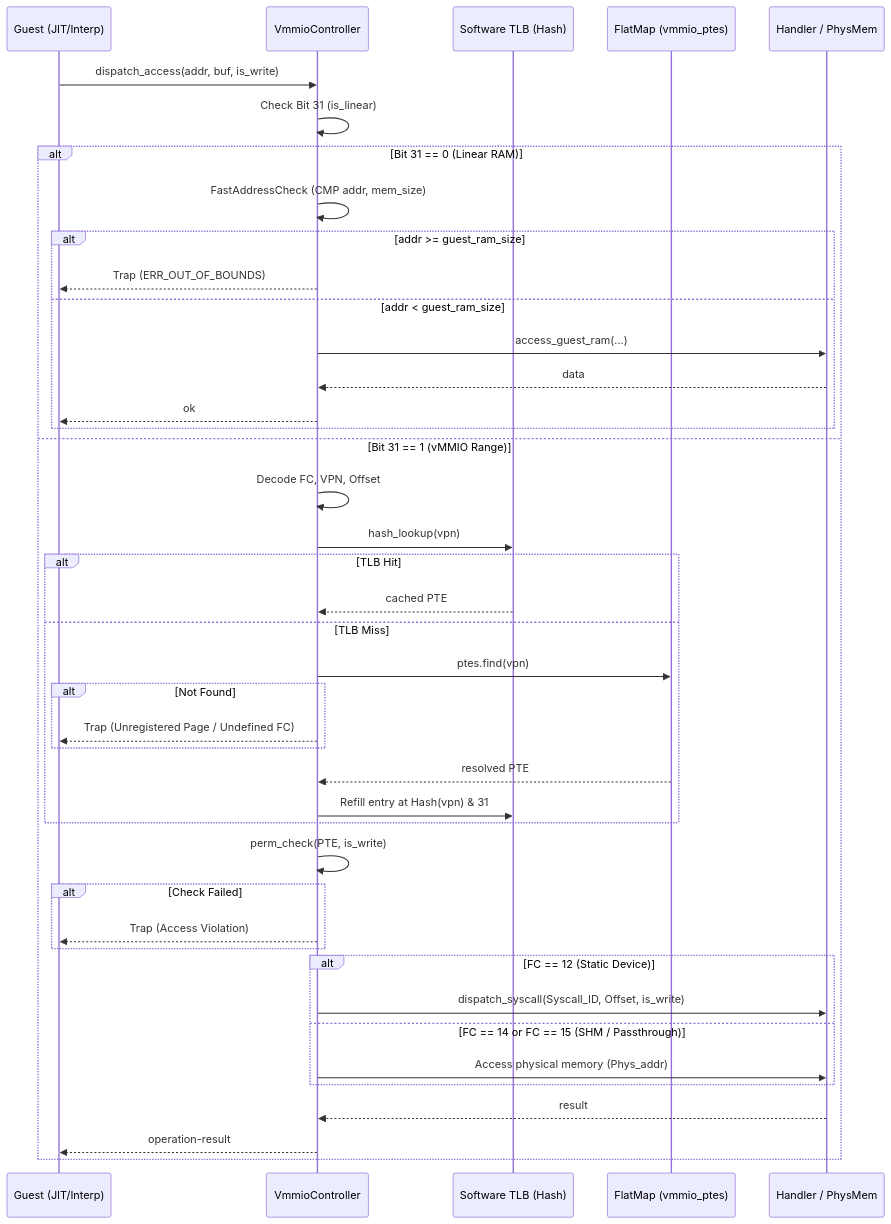
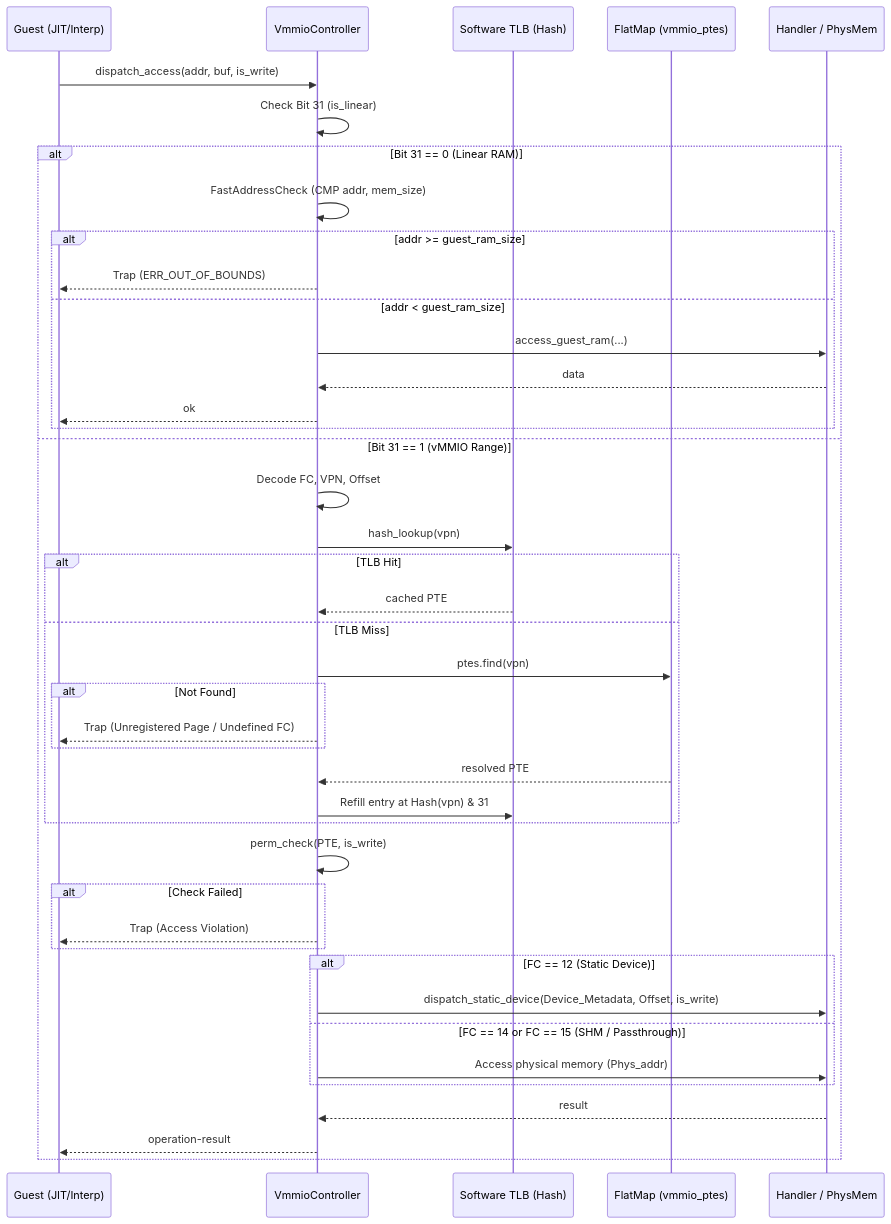
Before and after one commit to kmt-t/fireball: the fourth of 6 diagrams in docs/components/tier2_runtime/runtime_vmmio.md, drawn with Mermaid. The commit also changed other lines of this file and 13 other files, not shown here.

Commit message:
Rename vMMIO syscall status to static-device terminology

````diff
--- a/docs/components/tier2_runtime/runtime_vmmio.md
+++ b/docs/components/tier2_runtime/runtime_vmmio.md
@@ -247,47 +247,47 @@
 ```mermaid
 sequenceDiagram
     participant G as Guest (JIT/Interp)
     participant C as VmmioController
     participant T as Software TLB (Hash)
     participant F as FlatMap (vmmio_ptes)
     participant H as Handler / PhysMem
 
     G->>C: dispatch_access(addr, buf, is_write)
     C->>C: Check Bit 31 (is_linear)
     alt Bit 31 == 0 (Linear RAM)
         C->>C: FastAddressCheck (CMP addr, mem_size)
         alt addr >= guest_ram_size
             C-->>G: Trap (ERR_OUT_OF_BOUNDS)
         else addr < guest_ram_size
             C->>H: access_guest_ram(...)
             H-->>C: data
             C-->>G: ok
         end
     else Bit 31 == 1 (vMMIO Range)
         C->>C: Decode FC, VPN, Offset
         C->>T: hash_lookup(vpn)
         alt TLB Hit
             T-->>C: cached PTE
         else TLB Miss
             C->>F: ptes.find(vpn)
             alt Not Found
                 C-->>G: Trap (Unregistered Page / Undefined FC)
             end
             F-->>C: resolved PTE
             C->>T: Refill entry at Hash(vpn) & 31
         end
 
         C->>C: perm_check(PTE, is_write)
         alt Check Failed
             C-->>G: Trap (Access Violation)
         end
 
         alt FC == 12 (Static Device)
-            C->>H: dispatch_syscall(Syscall_ID, Offset, is_write)
+            C->>H: dispatch_static_device(Device_Metadata, Offset, is_write)
         else FC == 14 or FC == 15 (SHM / Passthrough)
             C->>H: Access physical memory (Phys_addr)
         end
         H-->>C: result
         C-->>G: operation-result
     end
 ```
````
